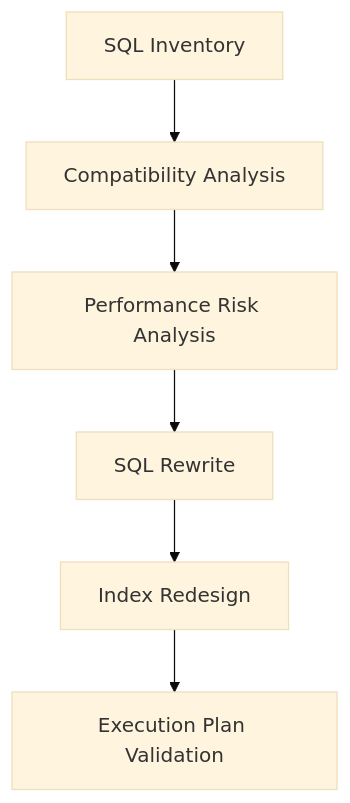
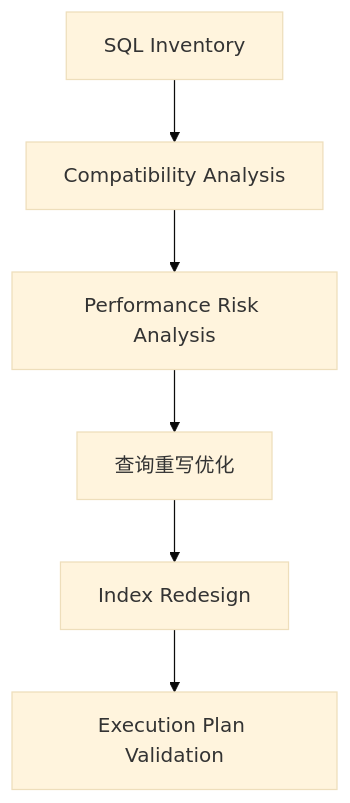
One commit to PawSQL/pawsql-docs-mantlify changed the sixth of 11 diagrams in docs/use-cases/index.mdx. Above: the diagram before and after it, drawn with Mermaid (base theme). The commit also changed other lines of this file and 143 other files, not shown here.

````diff
--- a/docs/use-cases/index.mdx
+++ b/docs/use-cases/index.mdx
@@ -124,8 +124,8 @@
 ```mermaid
 flowchart TD
     A[SQL Inventory] --> B[Compatibility Analysis]
     B --> C[Performance Risk Analysis]
-    C --> D[SQL Rewrite]
+    C --> D[查询重写优化]
     D --> E[Index Redesign]
     E --> F[Execution Plan Validation]
 ```
````
